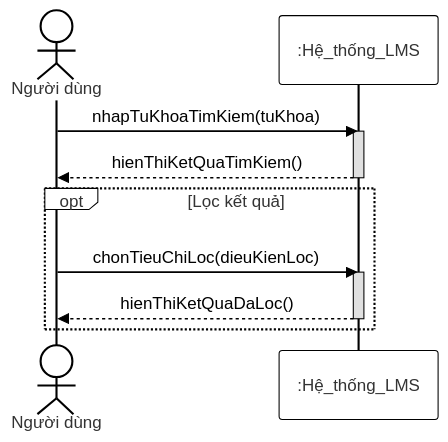
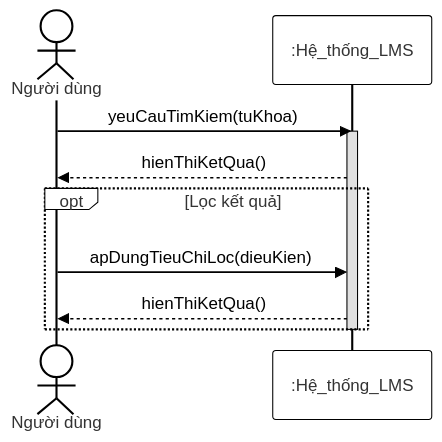
The diagram in timkiem.md (NguyenViet-281205/PTTKHT), drawn with Mermaid before and after one commit.

````diff
--- a/timkiem.md
+++ b/timkiem.md
@@ -1,22 +1,22 @@
 ```mermaid
-%% Cấu hình ép buộc màu đen trắng
 %%{init: { 'theme': 'base', 'themeVariables': { 'primaryColor': '#ffffff', 'primaryBorderColor': '#000000', 'lineColor': '#000000', 'textColor': '#000000', 'actorBkg': '#ffffff', 'actorBorder': '#000000', 'signalColor': '#000000', 'signalTextColor': '#000000', 'activationBorderColor': '#000000', 'activationBkgColor': '#e0e0e0', 'noteBkgColor': '#ffffff', 'noteBorderColor': '#000000' } } }%%
-
 sequenceDiagram
     actor U as Người dùng
     participant Sys as :Hệ_thống_LMS
 
-    %% Luồng cơ bản: Tìm kiếm và Hiện thị kết quả (Include)
-    U->>Sys: nhapTuKhoaTimKiem(tuKhoa)
+    %% Luồng chính: Bắt đầu Tìm kiếm
+    U->>Sys: yeuCauTimKiem(tuKhoa)
     activate Sys
-    Sys-->>U: hienThiKetQuaTimKiem()
+    
+    %% Luồng Include: Hiện thị kết quả lần 1 (Chỉ có từ khóa)
+    Sys-->>U: hienThiKetQua()
+    
+    %% Luồng Extend: Lọc kết quả (Kéo dài quá trình tìm kiếm)
+    opt Lọc kết quả
+        U->>Sys: apDungTieuChiLoc(dieuKien)
+        
+        %% Việc lọc vẫn nằm trong luồng Tìm kiếm, nên tiếp tục gọi Include "Hiện thị kết quả"
+        Sys-->>U: hienThiKetQua()
+    end
     deactivate Sys
-
-    %% Luồng mở rộng: Lọc kết quả (Extend)
-    opt Lọc kết quả
-        U->>Sys: chonTieuChiLoc(dieuKienLoc)
-        activate Sys
-        Sys-->>U: hienThiKetQuaDaLoc()
-        deactivate Sys
-    end
 ```
````
